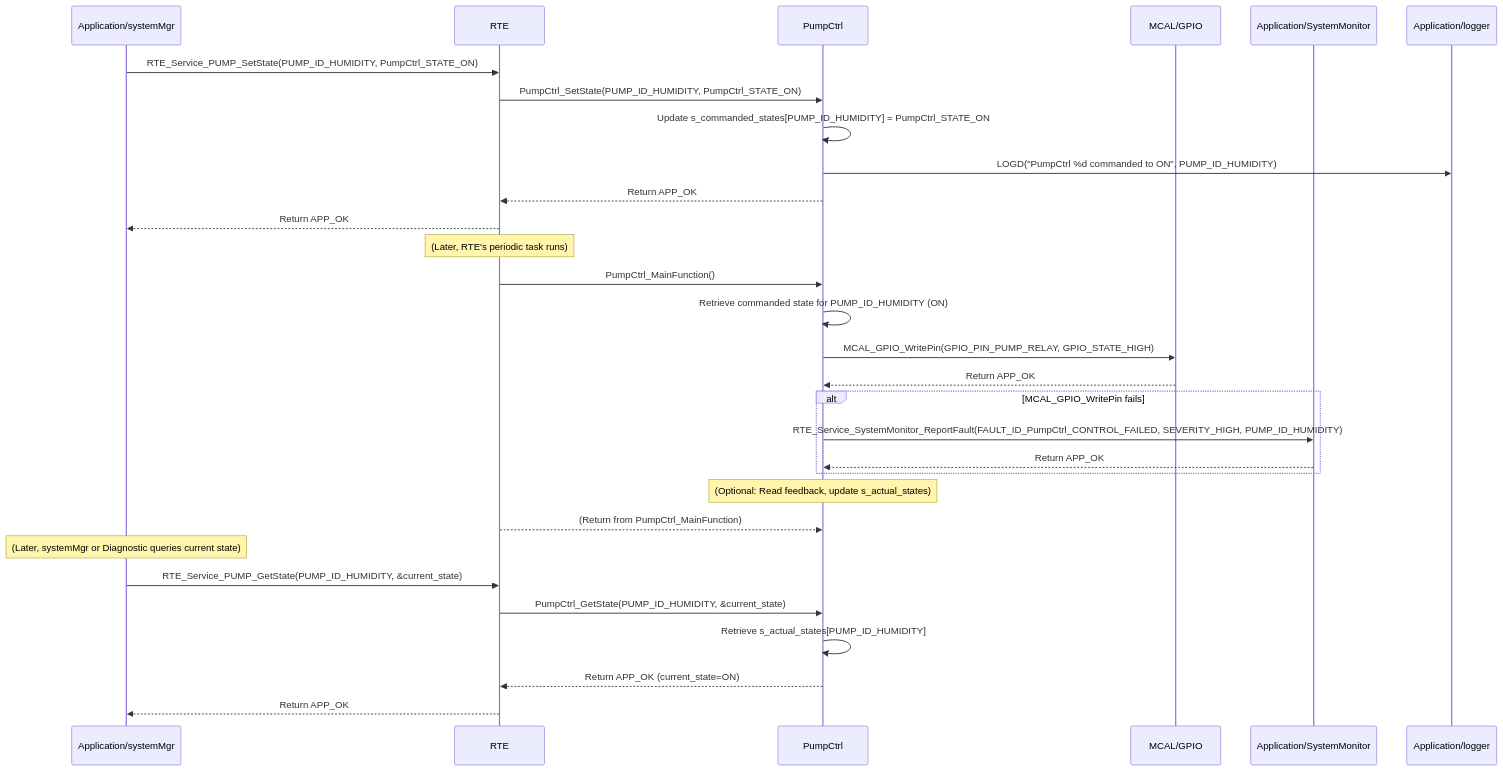
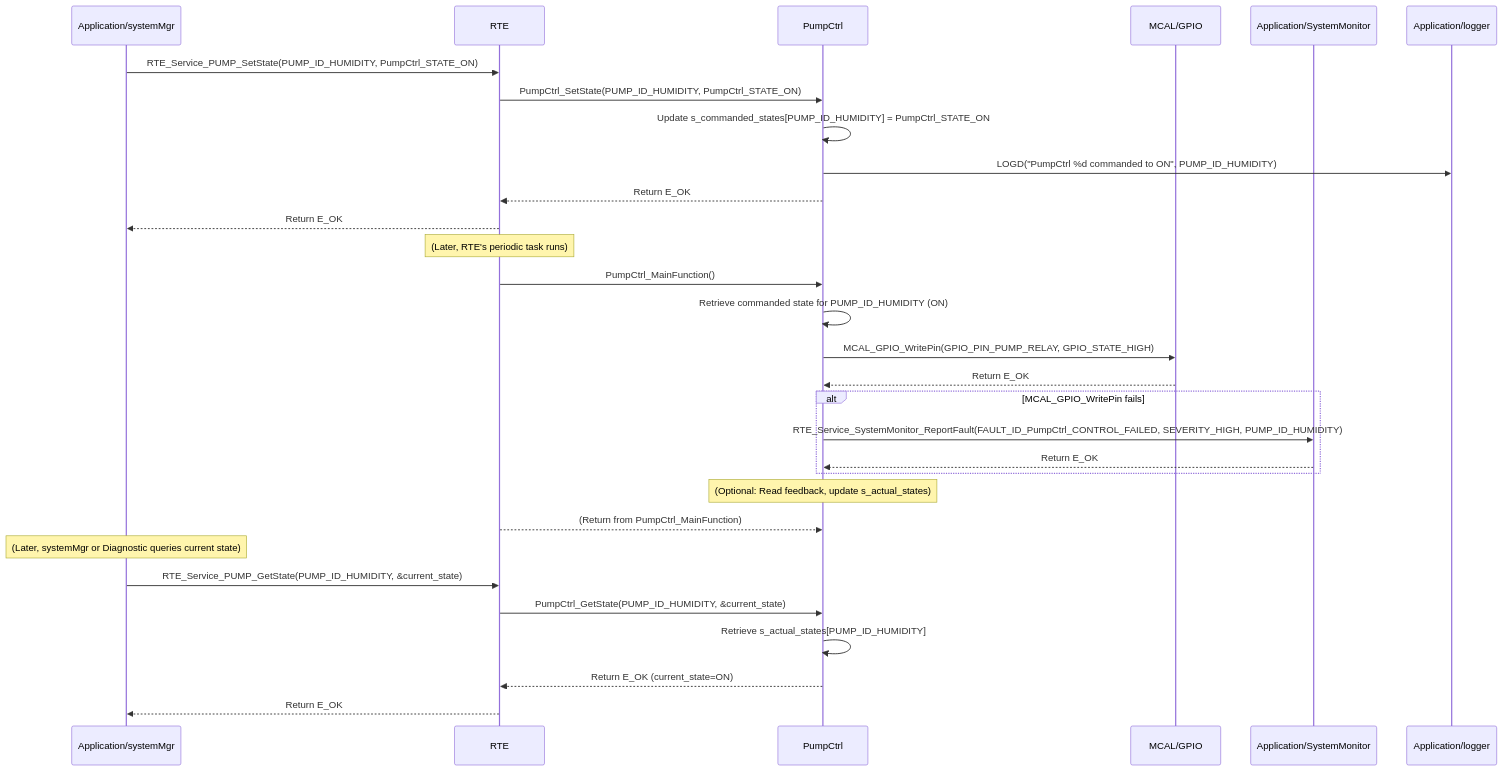
The diagram in Requiremets/Design/Application/PumpControl.md (ashaker-2/Platform), drawn with Mermaid before and after one commit. The commit also changed other lines of this file and 716 other files, not shown here.

````diff
--- a/Requiremets/Design/Application/PumpControl.md
+++ b/Requiremets/Design/Application/PumpControl.md
@@ -180,35 +180,35 @@
 ```mermaid
 sequenceDiagram  
     participant SystemMgr as Application/systemMgr  
     participant RTE as RTE  
     participant PumpCtrl as PumpCtrl  
     participant MCAL_GPIO as MCAL/GPIO  
     participant SystemMonitor as Application/SystemMonitor  
     participant Logger as Application/logger
 
     SystemMgr->>RTE: RTE_Service_PUMP_SetState(PUMP_ID_HUMIDITY, PumpCtrl_STATE_ON)  
     RTE->>PumpCtrl: PumpCtrl_SetState(PUMP_ID_HUMIDITY, PumpCtrl_STATE_ON)  
     PumpCtrl->>PumpCtrl: Update s_commanded_states[PUMP_ID_HUMIDITY] = PumpCtrl_STATE_ON  
     PumpCtrl->>Logger: LOGD("PumpCtrl %d commanded to ON", PUMP_ID_HUMIDITY)  
-    PumpCtrl-->>RTE: Return APP_OK  
-    RTE-->>SystemMgr: Return APP_OK
+    PumpCtrl-->>RTE: Return E_OK  
+    RTE-->>SystemMgr: Return E_OK
 
     Note over RTE: (Later, RTE's periodic task runs)  
     RTE->>PumpCtrl: PumpCtrl_MainFunction()  
     PumpCtrl->>PumpCtrl: Retrieve commanded state for PUMP_ID_HUMIDITY (ON)  
     PumpCtrl->>MCAL_GPIO: MCAL_GPIO_WritePin(GPIO_PIN_PUMP_RELAY, GPIO_STATE_HIGH)  
-    MCAL_GPIO-->>PumpCtrl: Return APP_OK  
+    MCAL_GPIO-->>PumpCtrl: Return E_OK  
     alt MCAL_GPIO_WritePin fails  
         PumpCtrl->>SystemMonitor: RTE_Service_SystemMonitor_ReportFault(FAULT_ID_PumpCtrl_CONTROL_FAILED, SEVERITY_HIGH, PUMP_ID_HUMIDITY)  
-        SystemMonitor-->>PumpCtrl: Return APP_OK  
+        SystemMonitor-->>PumpCtrl: Return E_OK  
     end  
     Note over PumpCtrl: (Optional: Read feedback, update s_actual_states)  
     RTE-->>PumpCtrl: (Return from PumpCtrl_MainFunction)
 
     Note over SystemMgr: (Later, systemMgr or Diagnostic queries current state)  
     SystemMgr->>RTE: RTE_Service_PUMP_GetState(PUMP_ID_HUMIDITY, &current_state)  
     RTE->>PumpCtrl: PumpCtrl_GetState(PUMP_ID_HUMIDITY, &current_state)  
     PumpCtrl->>PumpCtrl: Retrieve s_actual_states[PUMP_ID_HUMIDITY]  
-    PumpCtrl-->>RTE: Return APP_OK (current_state=ON)  
-    RTE-->>SystemMgr: Return APP_OK
+    PumpCtrl-->>RTE: Return E_OK (current_state=ON)  
+    RTE-->>SystemMgr: Return E_OK
 ```
````
